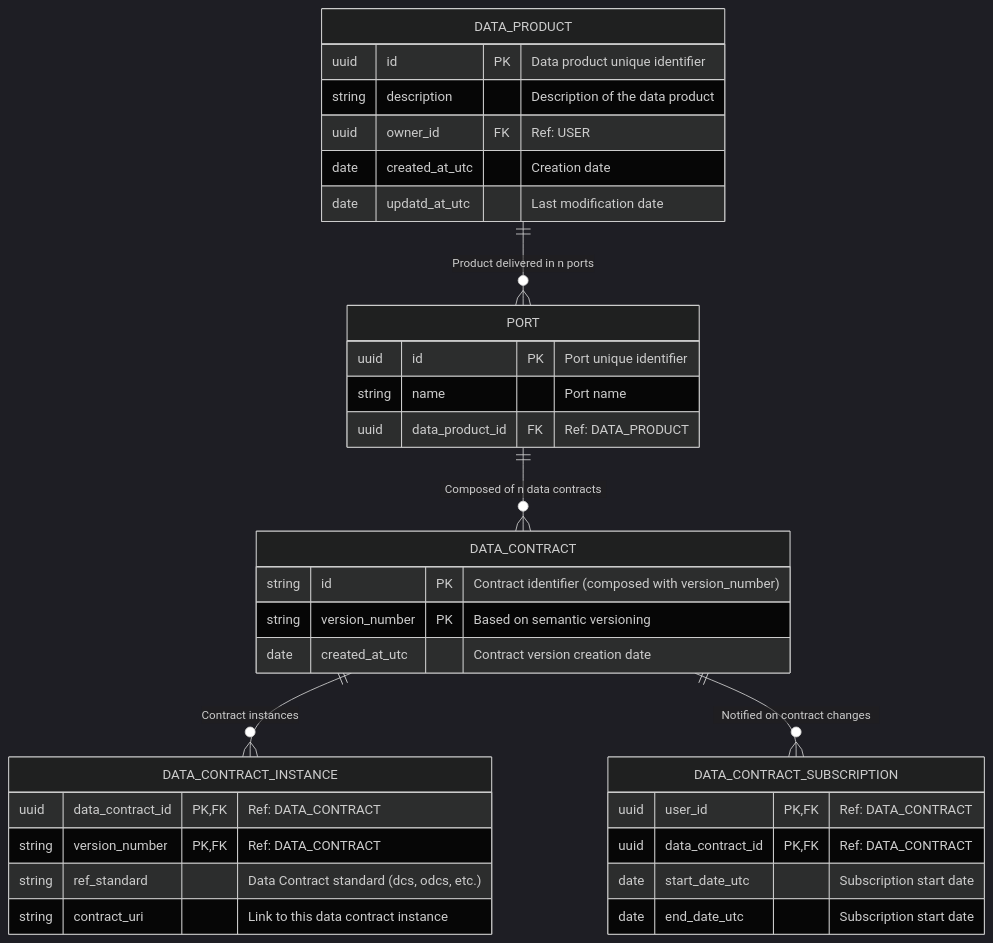
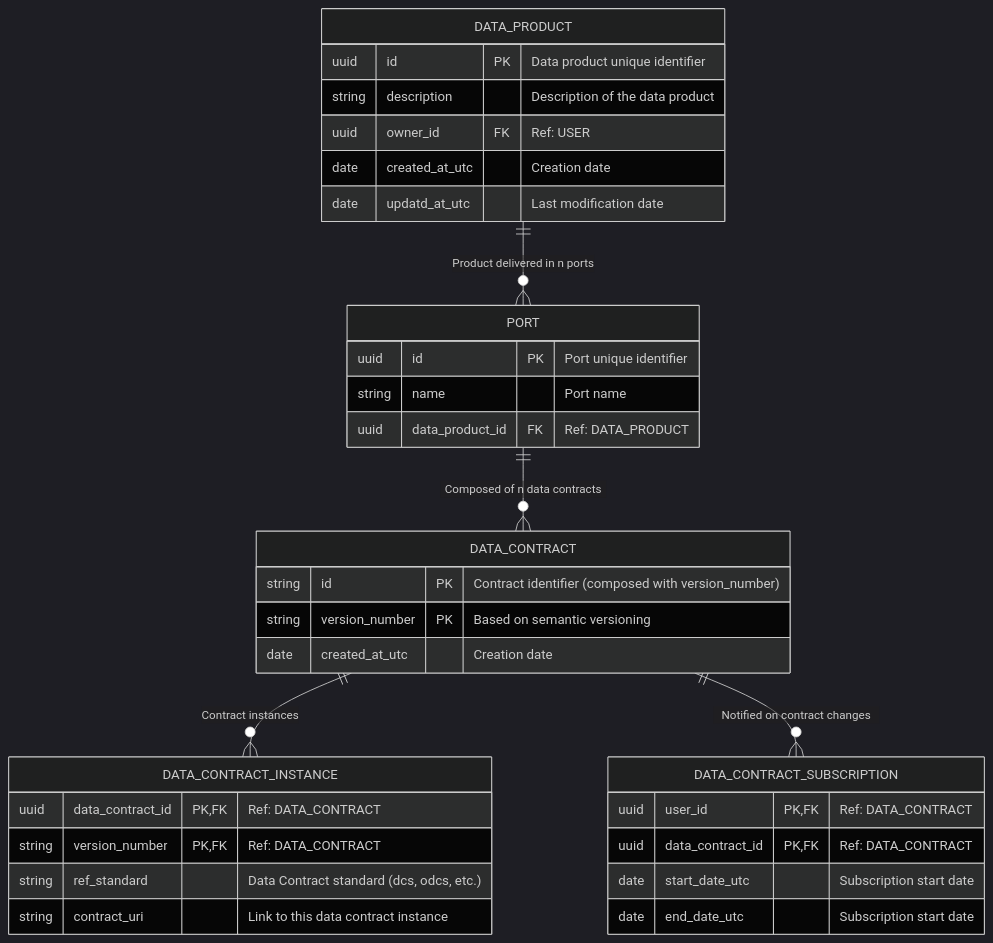
One commit to monmaya/base-impl changed the diagram in docs/relational_model.md. Above: the diagram before and after it, drawn with Mermaid (dark theme).

````diff
--- a/docs/relational_model.md
+++ b/docs/relational_model.md
@@ -5,46 +5,46 @@
 ```mermaid
 
 erDiagram
 
     DATA_PRODUCT {
         uuid id PK "Data product unique identifier"
         string description "Description of the data product"
         uuid owner_id FK "Ref: USER"
         date created_at_utc "Creation date"
         date updatd_at_utc "Last modification date"
     }
 
     PORT {
         uuid id PK "Port unique identifier"
         string name "Port name"
         uuid data_product_id FK "Ref: DATA_PRODUCT"
     }
 
     DATA_CONTRACT {
         string id PK "Contract identifier (composed with version_number)"
         string version_number PK "Based on semantic versioning"
-        date created_at_utc "Contract version creation date"
+        date created_at_utc "Creation date"
     }
 
     DATA_CONTRACT_INSTANCE {
         uuid data_contract_id PK, FK "Ref: DATA_CONTRACT"
         string version_number PK, FK "Ref: DATA_CONTRACT"
         string ref_standard "Data Contract standard (dcs, odcs, etc.)"
         string contract_uri "Link to this data contract instance"
     }
     
     DATA_CONTRACT_SUBSCRIPTION {
         uuid user_id PK, FK "Ref: DATA_CONTRACT"
         uuid data_contract_id PK, FK "Ref: DATA_CONTRACT"
         date start_date_utc "Subscription start date"
         date end_date_utc "Subscription start date"
     }
 
 
     DATA_PRODUCT ||--o{ PORT : "Product delivered in n ports"
     PORT ||--o{ DATA_CONTRACT : "Composed of n data contracts"
     DATA_CONTRACT ||--o{ DATA_CONTRACT_INSTANCE : "Contract instances"
     DATA_CONTRACT ||--o{ DATA_CONTRACT_SUBSCRIPTION : "Notified on contract changes"
 
 
   ```
````
